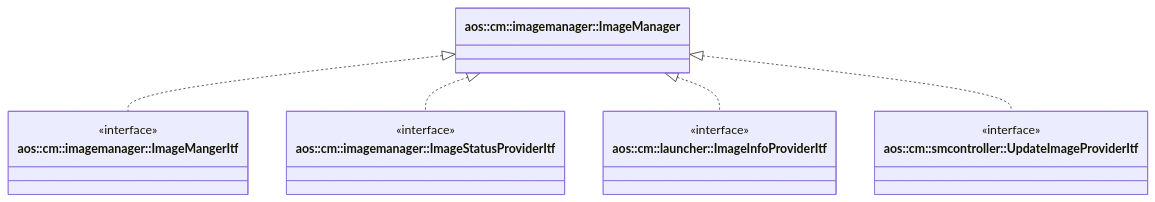
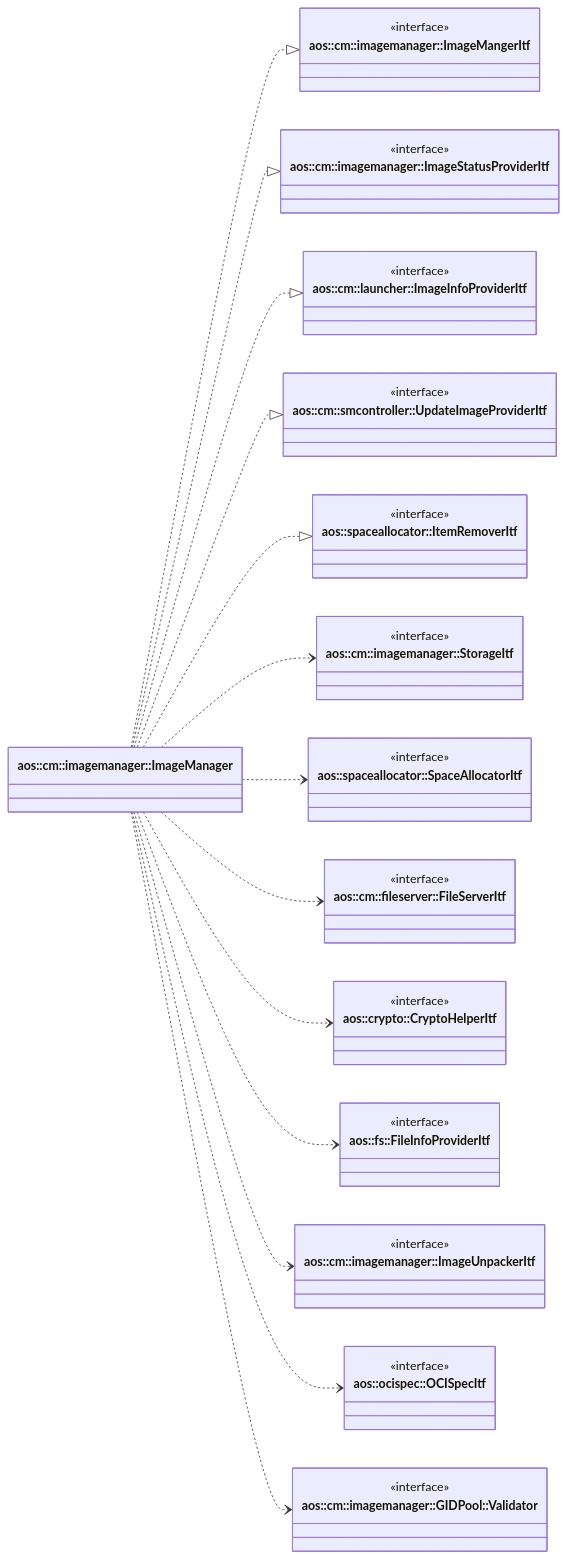
The diagram in src/core/cm/imagemanager/imagemanager.md (aosedge/aos_core_lib_cpp), drawn with Mermaid before and after one commit. The commit also changed other lines of this file and 2 other files, not shown here.

Commit message:
cm: imagemanager: update design document

````diff
--- a/src/core/cm/imagemanager/imagemanager.md
+++ b/src/core/cm/imagemanager/imagemanager.md
@@ -19,26 +26,74 @@
 ```mermaid
 classDiagram
+    direction LR
+
     class ImageManager ["aos::cm::imagemanager::ImageManager"] {
     }
 
     class ImageManagerItf ["aos::cm::imagemanager::ImageMangerItf"] {
         <<interface>>
     }
 
     class ImageStatusProviderItf ["aos::cm::imagemanager::ImageStatusProviderItf"] {
         <<interface>>
     }
 
     class ImageInfoProviderItf ["aos::cm::launcher::ImageInfoProviderItf"] {
         <<interface>>
     }
 
     class UpdateImageProviderItf ["aos::cm::smcontroller::UpdateImageProviderItf"] {
         <<interface>>
     }
 
-    ImageManager <|.. ImageManagerItf
-    ImageManager <|.. ImageStatusProviderItf
-    ImageManager <|.. ImageInfoProviderItf
-    ImageManager <|.. UpdateImageProviderItf
+    class ItemRemoverItf ["aos::spaceallocator::ItemRemoverItf"] {
+        <<interface>>
+    }
+
+    class StorageItf ["aos::cm::imagemanager::StorageItf"] {
+        <<interface>>
+    }
+
+    class SpaceAllocatorItf ["aos::spaceallocator::SpaceAllocatorItf"] {
+        <<interface>>
+    }
+
+    class FileServerItf ["aos::cm::fileserver::FileServerItf"] {
+        <<interface>>
+    }
+
+    class CryptoHelperItf ["aos::crypto::CryptoHelperItf"] {
+        <<interface>>
+    }
+
+    class FileInfoProviderItf ["aos::fs::FileInfoProviderItf"] {
+        <<interface>>
+    }
+
+    class ImageUnpackerItf ["aos::cm::imagemanager::ImageUnpackerItf"] {
+        <<interface>>
+    }
+
+    class OCISpecItf ["aos::ocispec::OCISpecItf"] {
+        <<interface>>
+    }
+
+    class GIDPoolValidator ["aos::cm::imagemanager::GIDPool::Validator"] {
+        <<interface>>
+    }
+
+    ImageManager ..|> ImageManagerItf
+    ImageManager ..|> ImageStatusProviderItf
+    ImageManager ..|> ImageInfoProviderItf
+    ImageManager ..|> UpdateImageProviderItf
+    ImageManager ..|> ItemRemoverItf
+
+    ImageManager ..> StorageItf
+    ImageManager ..> SpaceAllocatorItf
+    ImageManager ..> FileServerItf
+    ImageManager ..> CryptoHelperItf
+    ImageManager ..> FileInfoProviderItf
+    ImageManager ..> ImageUnpackerItf
+    ImageManager ..> OCISpecItf
+    ImageManager ..> GIDPoolValidator
 ```
````
